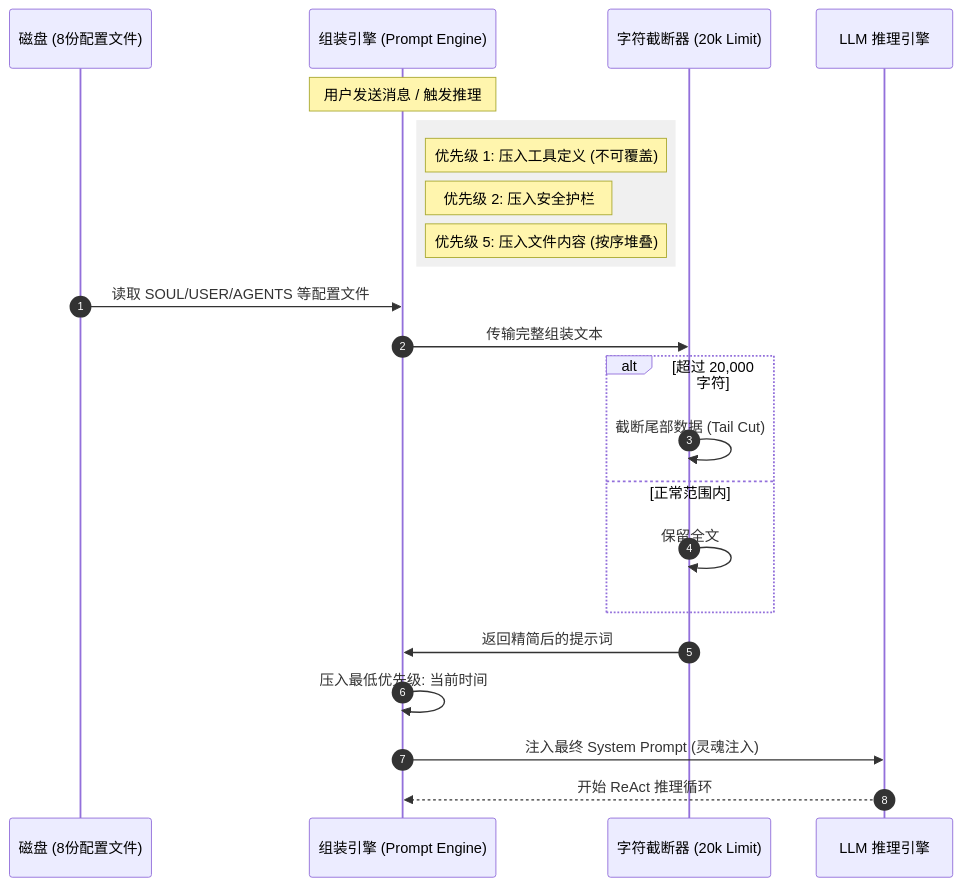
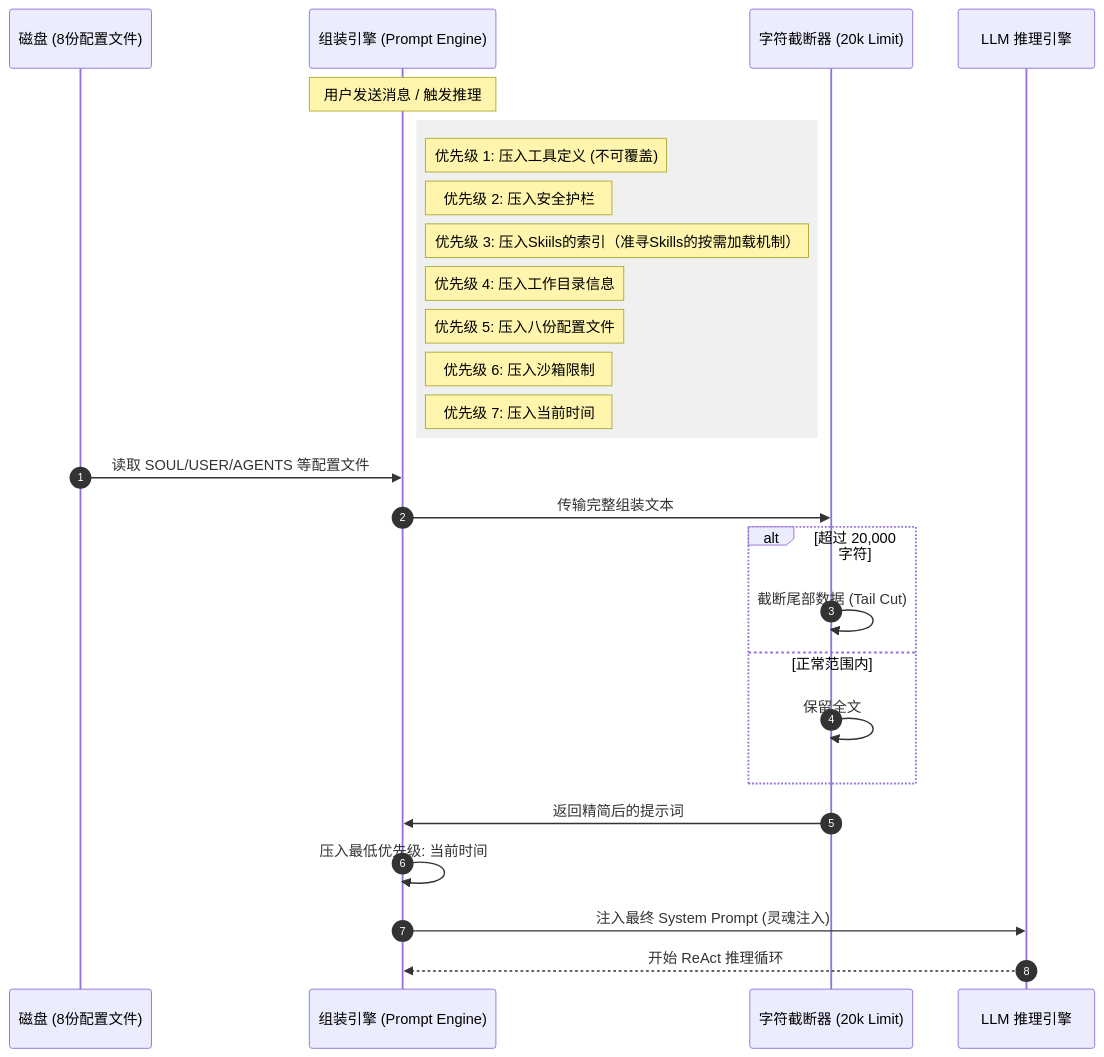
One commit to CoteNite/blog changed the first of 2 diagrams in back-end/85.All in AI/Open Claw.md. Above: the diagram before and after it, drawn with Mermaid.

Commit message:
vault backup: 2026-03-15 17:41:29

````diff
--- a/back-end/85.All in AI/Open Claw.md
+++ b/back-end/85.All in AI/Open Claw.md
@@ -169,30 +169,34 @@
 ```mermaid
 sequenceDiagram
     autonumber
     participant D as 磁盘 (8份配置文件)
     participant E as 组装引擎 (Prompt Engine)
     participant B as 字符截断器 (20k Limit)
     participant L as LLM 推理引擎
 
     Note over E: 用户发送消息 / 触发推理
     
     rect rgb(240, 240, 240)
         Note right of E: 优先级 1: 压入工具定义 (不可覆盖)
         Note right of E: 优先级 2: 压入安全护栏
-        Note right of E: 优先级 5: 压入文件内容 (按序堆叠)
+        Note right of E: 优先级 3: 压入Skiils的索引（准寻Skills的按需加载机制）
+        Note right of E: 优先级 4: 压入工作目录信息
+        Note right of E: 优先级 5: 压入八份配置文件
+        Note right of E: 优先级 6: 压入沙箱限制
+        Note right of E: 优先级 7: 压入当前时间
     end
 
     D->>E: 读取 SOUL/USER/AGENTS 等配置文件
 
     E->>B: 传输完整组装文本
     alt 超过 20,000 字符
         B->>B: 截断尾部数据 (Tail Cut)
     else 正常范围内
         B->>B: 保留全文
     end
 
     B->>E: 返回精简后的提示词
     E->>E: 压入最低优先级: 当前时间
     E->>L: 注入最终 System Prompt (灵魂注入)
     L-->>E: 开始 ReAct 推理循环
 ```
````
